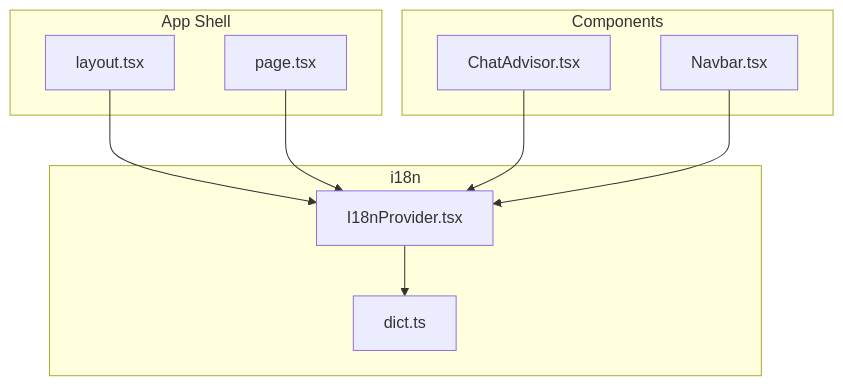
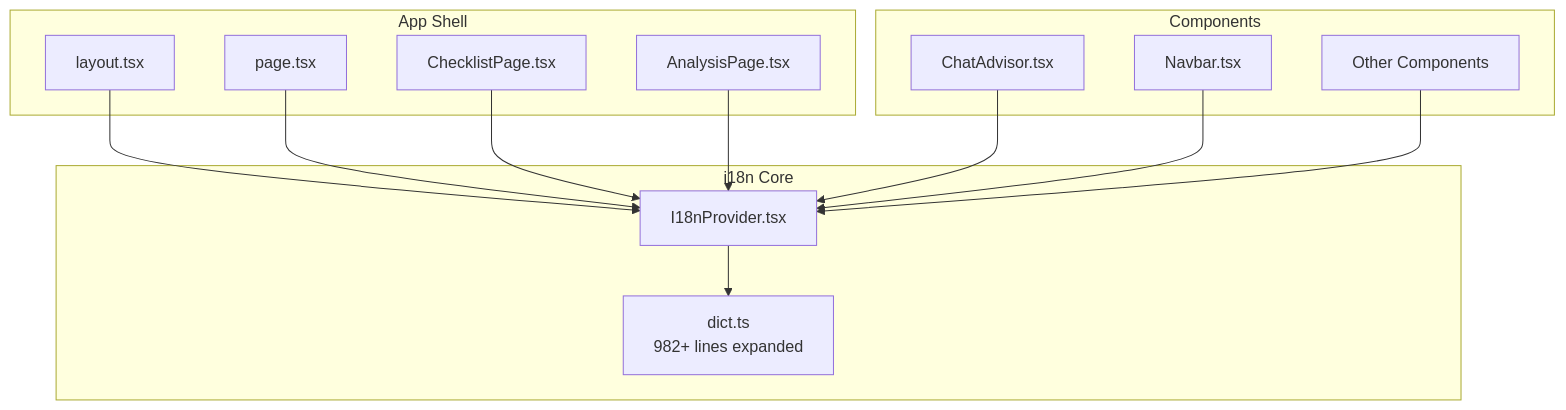
The first of 7 diagrams in .qoder/repowiki/en/content/Internationalization.md (alibaba-hackathon-fsi/frontend-vaya), drawn with Mermaid before and after one commit. The commit also changed other lines of this file and 36 other files, not shown here.

````diff
--- a/.qoder/repowiki/en/content/Internationalization.md
+++ b/.qoder/repowiki/en/content/Internationalization.md
@@ -36,20 +49,26 @@
 ```mermaid
 graph TB
 subgraph "App Shell"
 L["layout.tsx"]
 P["page.tsx"]
+CP["ChecklistPage.tsx"]
+AP["AnalysisPage.tsx"]
 end
-subgraph "i18n"
+subgraph "i18n Core"
 PVT["I18nProvider.tsx"]
-DICT["dict.ts"]
+DICT["dict.ts<br/>982+ lines expanded"]
 end
 subgraph "Components"
 CA["ChatAdvisor.tsx"]
 NAV["Navbar.tsx"]
+OTHER["Other Components"]
 end
 L --> PVT
 P --> PVT
+CP --> PVT
+AP --> PVT
 PVT --> DICT
 CA --> PVT
 NAV --> PVT
+OTHER --> PVT
 ```
````
